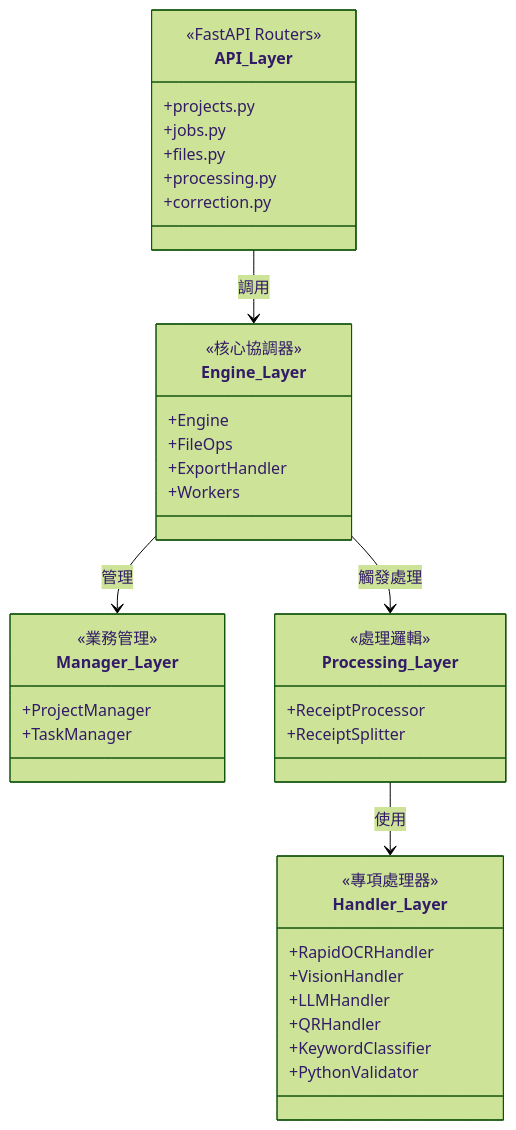
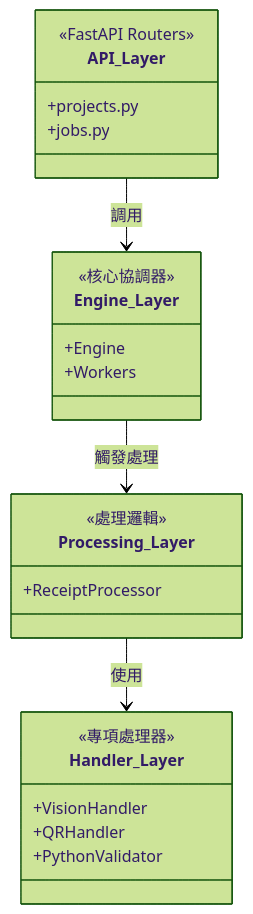
Before and after one commit to Alan2O18/InvoSmart: the first of 4 diagrams in dev_data/plan/backend_class_diagram.md, drawn with Mermaid (forest theme). The commit also changed other lines of this file and 28 other files, not shown here.

````diff
--- a/dev_data/plan/backend_class_diagram.md
+++ b/dev_data/plan/backend_class_diagram.md
@@ -11,48 +11,32 @@
 ```mermaid
 classDiagram
     direction TB
     
     class API_Layer {
         <<FastAPI Routers>>
         +projects.py
         +jobs.py
-        +files.py
-        +processing.py
-        +correction.py
     }
     
     class Engine_Layer {
         <<核心協調器>>
         +Engine
-        +FileOps
-        +ExportHandler
         +Workers
-    }
-    
-    class Manager_Layer {
-        <<業務管理>>
-        +ProjectManager
-        +TaskManager
     }
     
     class Processing_Layer {
         <<處理邏輯>>
         +ReceiptProcessor
-        +ReceiptSplitter
     }
     
     class Handler_Layer {
         <<專項處理器>>
-        +RapidOCRHandler
         +VisionHandler
-        +LLMHandler
         +QRHandler
-        +KeywordClassifier
         +PythonValidator
     }
     
     API_Layer --> Engine_Layer : 調用
-    Engine_Layer --> Manager_Layer : 管理
     Engine_Layer --> Processing_Layer : 觸發處理
     Processing_Layer --> Handler_Layer : 使用
 ```
````
